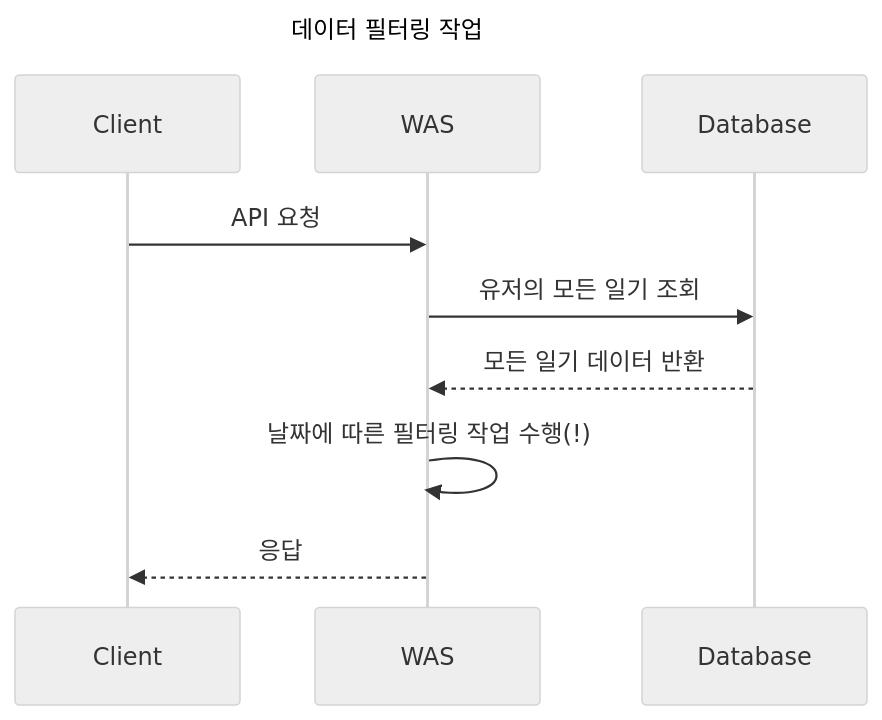
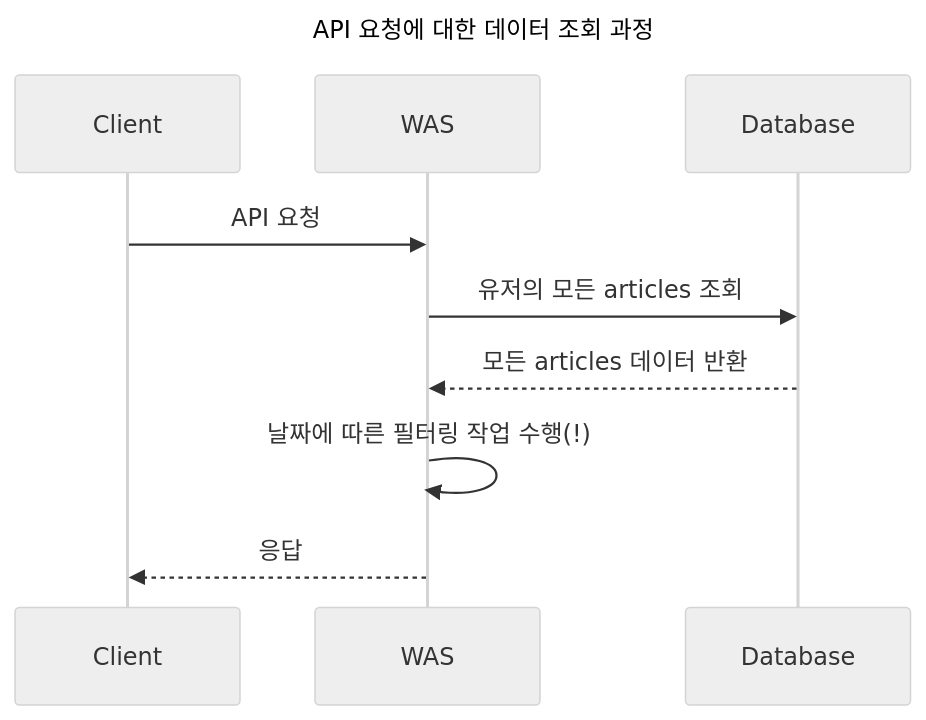
The second of 2 diagrams in practice/스프링 서버 성능 개선.md (Hansanghyun-github/TIL), drawn with Mermaid (neutral theme) before and after one commit. The commit also changed other lines of this file, not shown here.

````diff
--- a/practice/스프링 서버 성능 개선.md
+++ b/practice/스프링 서버 성능 개선.md
@@ -96,13 +96,13 @@
 ```mermaid
 sequenceDiagram
-    title 데이터 필터링 작업
+    title API 요청에 대한 데이터 조회 과정
     participant Client
     participant WAS
     participant Database
 
     Client->>WAS: API 요청
-    WAS->>Database: 유저의 모든 일기 조회
-    Database-->>WAS: 모든 일기 데이터 반환
+    WAS->>Database: 유저의 모든 articles 조회
+    Database-->>WAS: 모든 articles 데이터 반환
     WAS->>WAS: 날짜에 따른 필터링 작업 수행(!)
     WAS-->>Client: 응답
 ```
````
